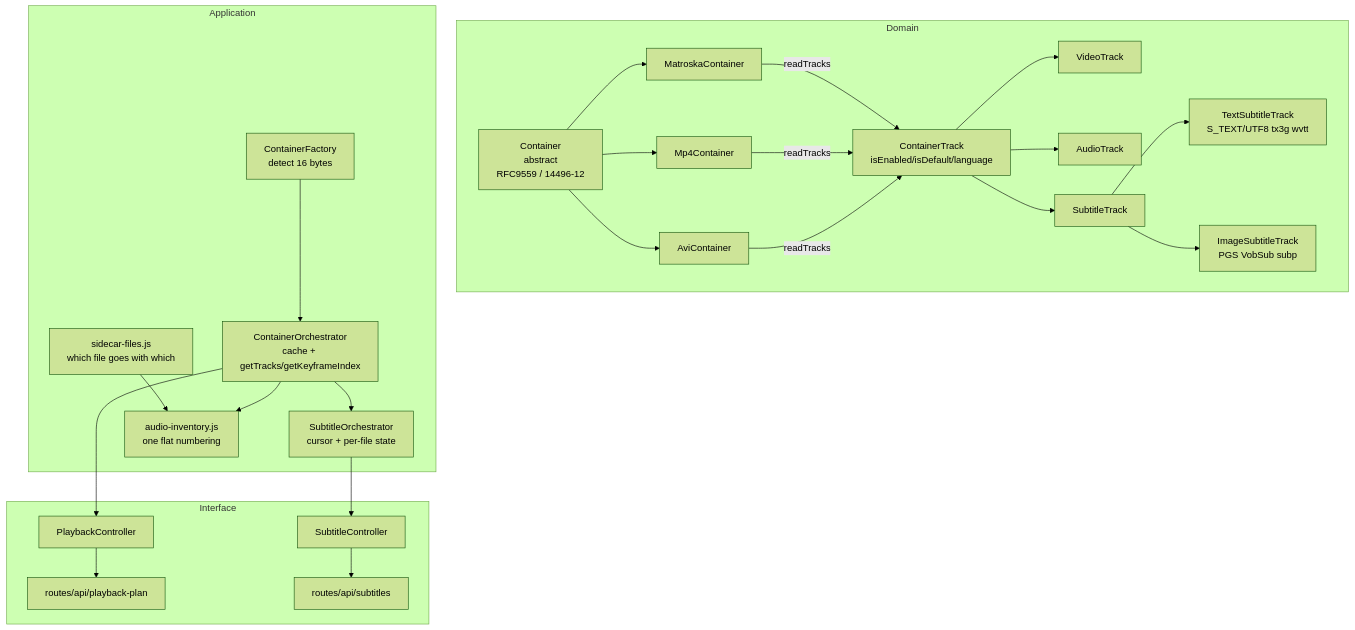
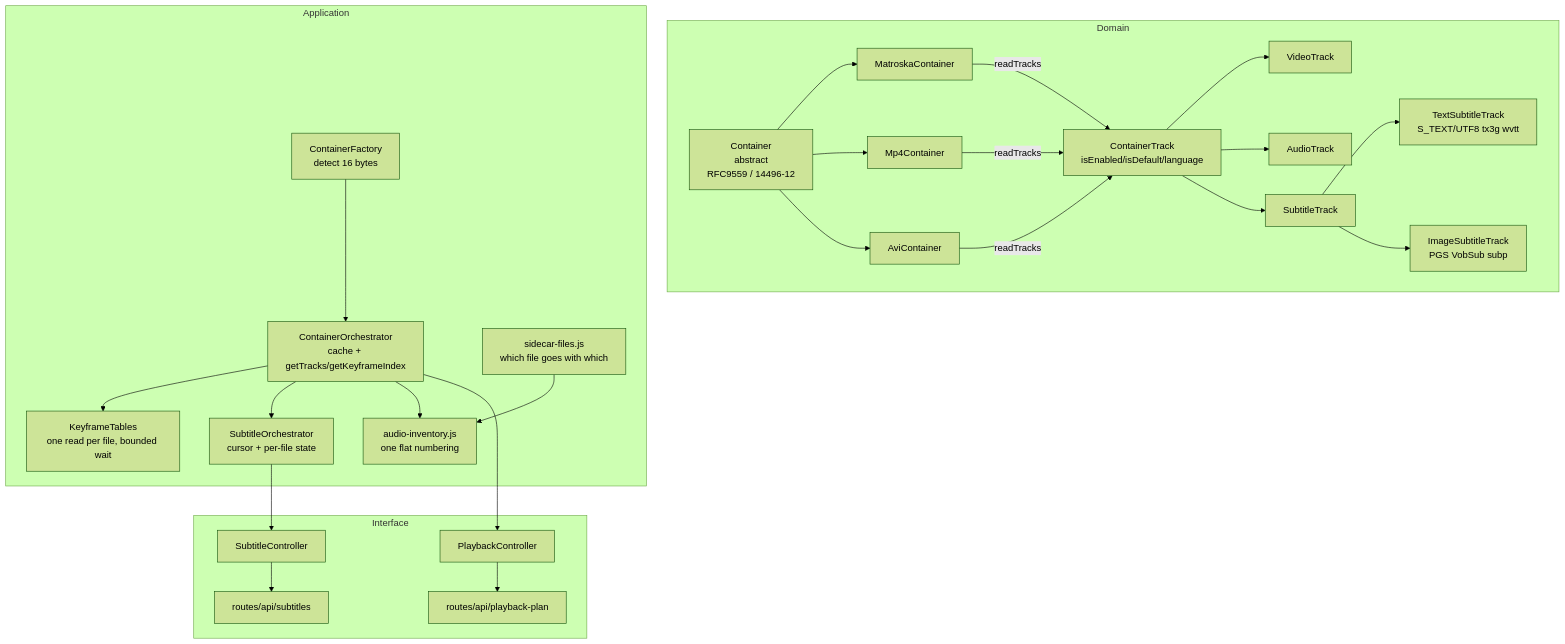
One commit to torrent-tv/proxy changed the diagram in docs/container-architecture.md. Above: the diagram before and after it, drawn with Mermaid (forest theme). The commit also changed other lines of this file and 80 other files, not shown here.

````diff
--- a/docs/container-architecture.md
+++ b/docs/container-architecture.md
@@ -103,40 +103,42 @@
 ```mermaid
 flowchart TB
   subgraph Domain
     C[Container<br/>abstract<br/>RFC9559 / 14496-12]
     MC[MatroskaContainer]
     MpC[Mp4Container]
     AC[AviContainer]
     CT[ContainerTrack<br/>isEnabled/isDefault/language]
     VT[VideoTrack]
     AT[AudioTrack]
     ST[SubtitleTrack]
     TST[TextSubtitleTrack<br/>S_TEXT/UTF8 tx3g wvtt]
     IST[ImageSubtitleTrack<br/>PGS VobSub subp]
     C --> MC & MpC & AC
     CT --> VT & AT & ST
     ST --> TST & IST
     MC & MpC & AC -- readTracks --> CT
   end
   subgraph Application
     CF[ContainerFactory<br/>detect 16 bytes]
+    KT[KeyframeTables<br/>one read per file, bounded wait]
     CO[ContainerOrchestrator<br/>cache + getTracks/getKeyframeIndex]
     SO[SubtitleOrchestrator<br/>cursor + per-file state]
     SF[sidecar-files.js<br/>which file goes with which]
     AI[audio-inventory.js<br/>one flat numbering]
     CF --> CO
+    CO --> KT
     CO --> SO
     SF --> AI
     CO --> AI
   end
   subgraph Interface
     PC[PlaybackController]
     SC[SubtitleController]
     R1[routes/api/playback-plan]
     R2[routes/api/subtitles]
     PC --> R1
     SC --> R2
     CO --> PC
     SO --> SC
   end
 ```
````
